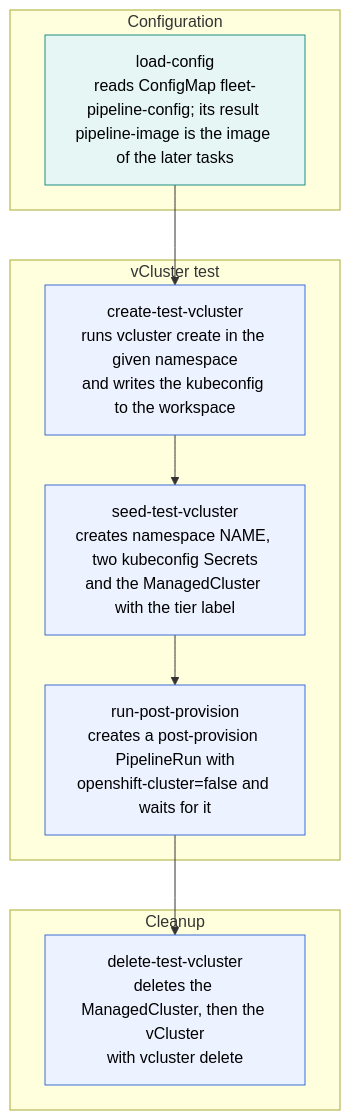
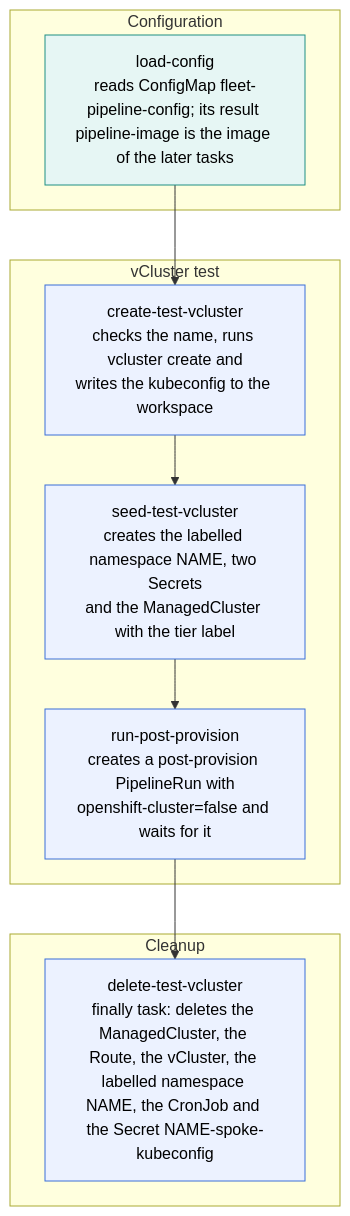
One commit to redhat-openshift-partner-labs/fleet changed the diagram in docs/diagrams/test-vcluster-flow.mermaid. Above: the diagram before and after it, drawn with Mermaid. The commit also changed 21 other files, not shown here.

First line of the commit message:
fix(vcluster): clean up after every test-vcluster run

```diff
--- a/docs/diagrams/test-vcluster-flow.mermaid
+++ b/docs/diagrams/test-vcluster-flow.mermaid
@@ -1,29 +1,30 @@
 %% Purpose: runs post-provision against a temporary vCluster on the hub
 %% Parameters: cluster-name and namespace are required; tier defaults to base
-%% Order: every task runs after the task before it; a failed task stops the run
-%% Cleanup: delete-test-vcluster is the last task, not a finally task; after a failed task the vCluster and the seeded resources stay
+%% Order: the first four tasks run in order; a failed task stops them
+%% Cleanup: delete-test-vcluster is the finally task; it runs after the fourth task and after a failed task
+%% Name check: create, seed and delete exit 1 when a ClusterDeployment has the name or its ManagedCluster lacks cloud=vcluster
 flowchart TB
     subgraph Config["Configuration"]
         load_config["load-config<br/>reads ConfigMap fleet-pipeline-config; its result pipeline-image is the image of the later tasks"]
     end
 
     subgraph Test["vCluster test"]
-        create_test_vcluster["create-test-vcluster<br/>runs vcluster create in the given namespace<br/>and writes the kubeconfig to the workspace"]
-        seed_test_vcluster["seed-test-vcluster<br/>creates namespace NAME, two kubeconfig Secrets<br/>and the ManagedCluster with the tier label"]
+        create_test_vcluster["create-test-vcluster<br/>checks the name, runs vcluster create and<br/>writes the kubeconfig to the workspace"]
+        seed_test_vcluster["seed-test-vcluster<br/>creates the labelled namespace NAME, two Secrets<br/>and the ManagedCluster with the tier label"]
         run_post_provision["run-post-provision<br/>creates a post-provision PipelineRun with<br/>openshift-cluster=false and waits for it"]
     end
 
     subgraph Cleanup["Cleanup"]
-        delete_test_vcluster["delete-test-vcluster<br/>deletes the ManagedCluster, then the vCluster<br/>with vcluster delete"]
+        delete_test_vcluster["delete-test-vcluster<br/>finally task: deletes the ManagedCluster, the Route, the vCluster, the labelled namespace NAME, the CronJob and the Secret NAME-spoke-kubeconfig"]
     end
 
     load_config --> create_test_vcluster
     create_test_vcluster --> seed_test_vcluster
     seed_test_vcluster --> run_post_provision
     run_post_provision --> delete_test_vcluster
 
     classDef src fill:#e6f6f4,stroke:#1f8f84,color:#000
     classDef core fill:#ecf2ff,stroke:#3b6fd8,color:#000
 
     class load_config src
     class create_test_vcluster,seed_test_vcluster,run_post_provision,delete_test_vcluster core
```
